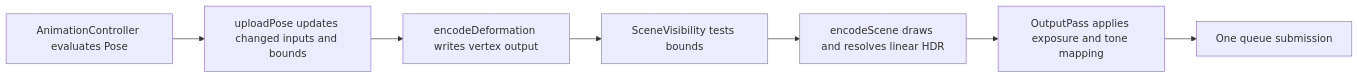
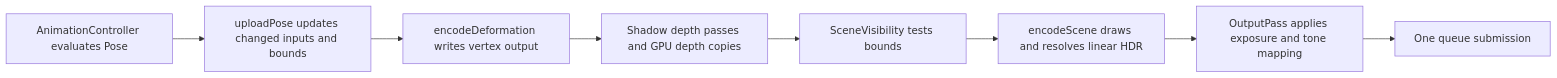
The diagram in docs/architecture.md (wisnunugroho21/webgpu-gltf), drawn with Mermaid before and after one commit. The commit also changed other lines of this file and 54 other files, not shown here.

````diff
--- a/docs/architecture.md
+++ b/docs/architecture.md
@@ -58,9 +61,10 @@
 ```mermaid
 flowchart LR
     A[AnimationController evaluates Pose] --> B[uploadPose updates changed inputs and bounds]
     B --> C[encodeDeformation writes vertex output]
-    C --> D[SceneVisibility tests bounds]
+    C --> S[Shadow depth passes and GPU depth copies]
+    S --> D[SceneVisibility tests bounds]
     D --> E[encodeScene draws and resolves linear HDR]
     E --> F[OutputPass applies exposure and tone mapping]
     F --> G[One queue submission]
 ```
````
